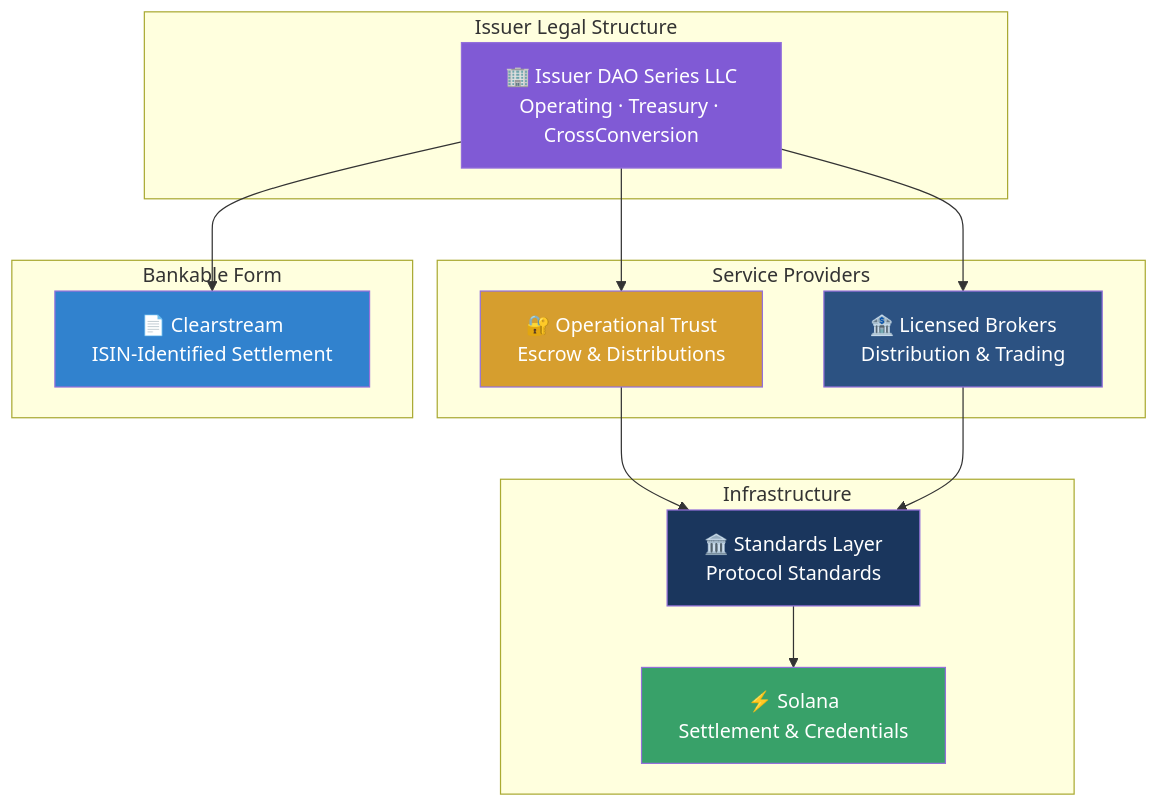
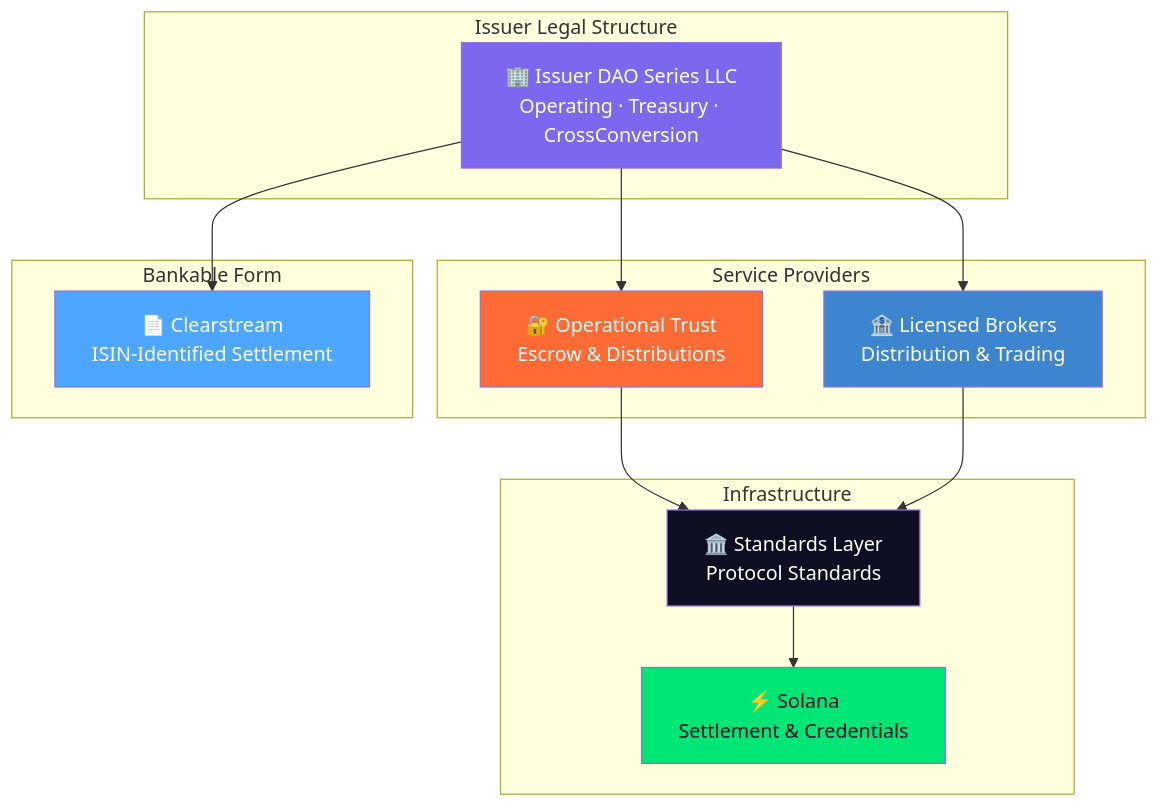
Before and after one commit to hrbrlife/sailsto_website: the ninth of 9 diagrams in hugo-site/content/whatsails.md, drawn with Mermaid. The commit also changed other lines of this file and 9 other files, not shown here.

```diff
--- a/hugo-site/content/whatsails.md
+++ b/hugo-site/content/whatsails.md
@@ -1091,29 +1091,29 @@
         <div class="mermaid">
         flowchart TB
             subgraph Layer1["Issuer Legal Structure"]
                 LLC["🏢 Issuer DAO Series LLC<br/>Operating · Treasury · CrossConversion"]
             end
             subgraph Layer2["Service Providers"]
                 TRUST["🔐 Operational Trust<br/>Escrow & Distributions"]
                 BROKERS["🏦 Licensed Brokers<br/>Distribution & Trading"]
             end
             subgraph Layer3["Infrastructure"]
                 FOUND["🏛️ Standards Layer<br/>Protocol Standards"]
                 SOL["⚡ Solana<br/>Settlement & Credentials"]
             end
             subgraph Layer4["Bankable Form"]
                 CLEAR["📄 Clearstream<br/>ISIN-Identified Settlement"]
             end
             LLC --> TRUST
             LLC --> BROKERS
             TRUST --> FOUND
             BROKERS --> FOUND
             FOUND --> SOL
             LLC --> CLEAR
-            style LLC fill:#805ad5,color:#fff
-            style TRUST fill:#d69e2e,color:#fff
-            style BROKERS fill:#2c5282,color:#fff
-            style FOUND fill:#1a365d,color:#fff
-            style SOL fill:#38a169,color:#fff
-            style CLEAR fill:#3182ce,color:#fff
+            style LLC fill:#7B68EE,color:#fff
+            style TRUST fill:#FF6B35,color:#fff
+            style BROKERS fill:#3D86CF,color:#fff
+            style FOUND fill:#0F0F23,color:#fff
+            style SOL fill:#00E676,color:#0F0F23
+            style CLEAR fill:#4DA6FF,color:#fff
         </div>
```
